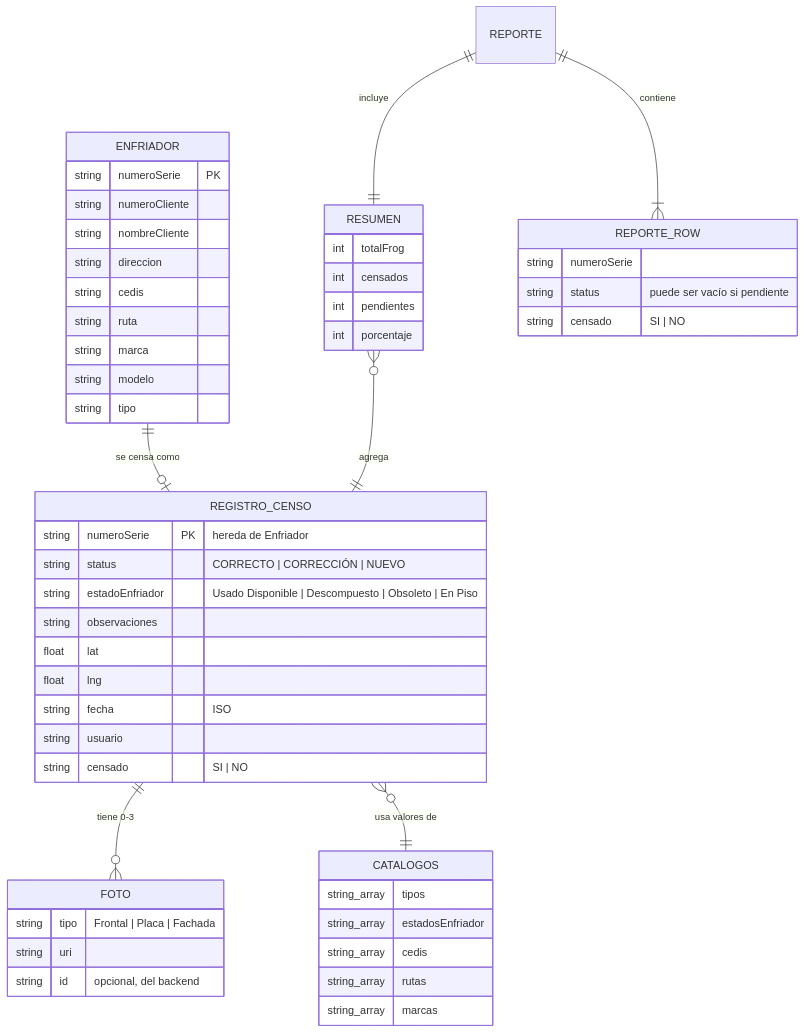
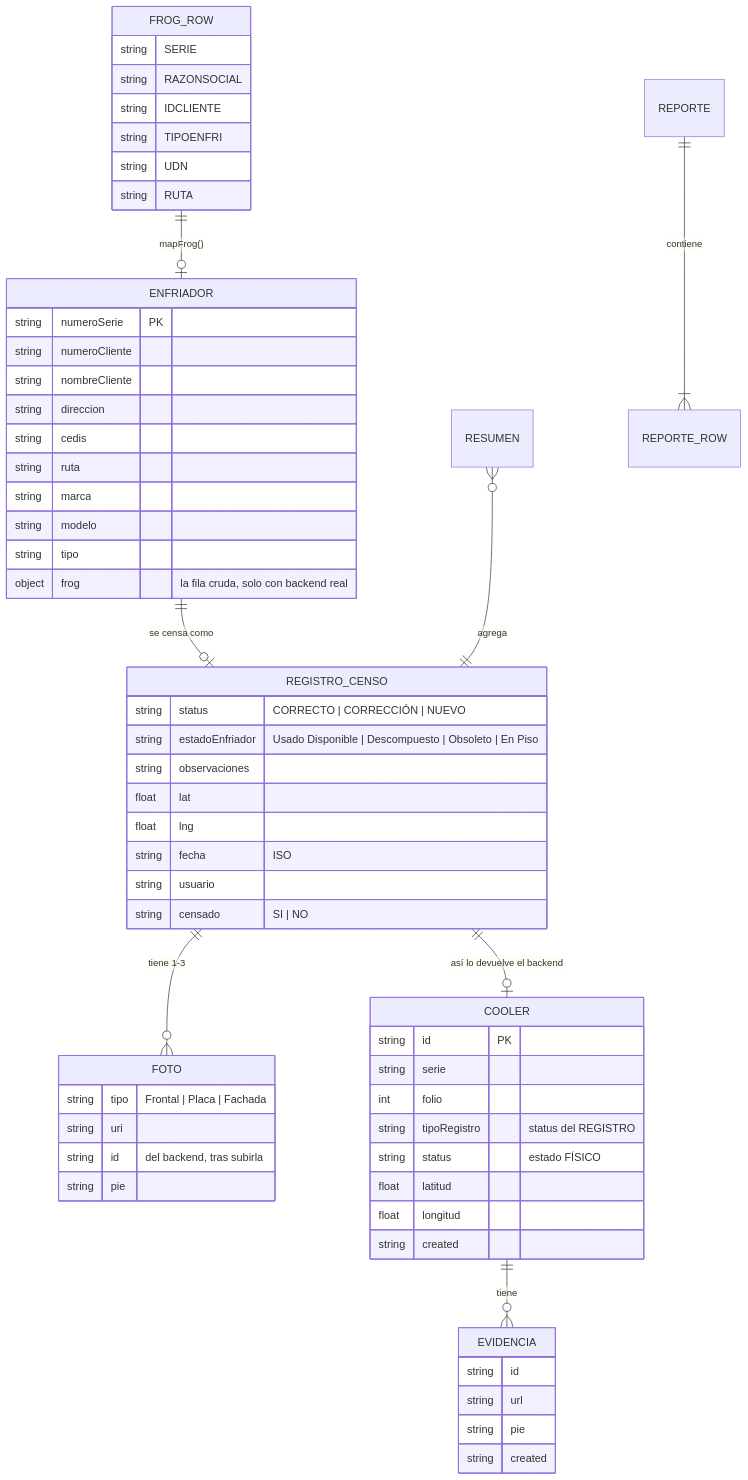
The diagram in docs/04-DATOS.md (YaxOFF/CensoCoolerAAOCSA_REACT), drawn with Mermaid before and after one commit. The commit also changed other lines of this file and 16 other files, not shown here.

First line of the commit message:
docs: actualiza /docs al estado real del código

````diff
--- a/docs/04-DATOS.md
+++ b/docs/04-DATOS.md
@@ -9,60 +18,68 @@
 ```mermaid
 erDiagram
+    FROG_ROW ||--o| ENFRIADOR : "mapFrog()"
     ENFRIADOR ||--o| REGISTRO_CENSO : "se censa como"
-    REGISTRO_CENSO ||--o{ FOTO : "tiene 0-3"
-    REGISTRO_CENSO }o--|| CATALOGOS : "usa valores de"
+    REGISTRO_CENSO ||--o{ FOTO : "tiene 1-3"
+    REGISTRO_CENSO ||--o| COOLER : "así lo devuelve el backend"
+    COOLER ||--o{ EVIDENCIA : "tiene"
     RESUMEN }o--|| REGISTRO_CENSO : "agrega"
     REPORTE ||--|{ REPORTE_ROW : "contiene"
-    REPORTE ||--|| RESUMEN : "incluye"
+
+    FROG_ROW {
+        string SERIE
+        string RAZONSOCIAL
+        string IDCLIENTE
+        string TIPOENFRI
+        string UDN
+        string RUTA
+    }
 
     ENFRIADOR {
         string numeroSerie PK
         string numeroCliente
         string nombreCliente
         string direccion
         string cedis
         string ruta
         string marca
         string modelo
         string tipo
+        object frog "la fila cruda, solo con backend real"
     }
 
     REGISTRO_CENSO {
-        string numeroSerie PK "hereda de Enfriador"
         string status "CORRECTO | CORRECCIÓN | NUEVO"
         string estadoEnfriador "Usado Disponible | Descompuesto | Obsoleto | En Piso"
         string observaciones
         float lat
         float lng
         string fecha "ISO"
         string usuario
         string censado "SI | NO"
     }
 
     FOTO {
         string tipo "Frontal | Placa | Fachada"
         string uri
-        string id "opcional, del backend"
+        string id "del backend, tras subirla"
+        string pie
     }
 
-    CATALOGOS {
-        string_array tipos
-        string_array estadosEnfriador
-        string_array cedis
-        string_array rutas
-        string_array marcas
+    COOLER {
+        string id PK
+        string serie
+        int folio
+        string tipoRegistro "status del REGISTRO"
+        string status "estado FÍSICO"
+        float latitud
+        float longitud
+        string created
     }
 
-    RESUMEN {
-        int totalFrog
-        int censados
-        int pendientes
-        int porcentaje
-    }
-
-    REPORTE_ROW {
-        string numeroSerie
-        string status "puede ser vacío si pendiente"
-        string censado "SI | NO"
+    EVIDENCIA {
+        string id
+        string url
+        string pie
+        string created
     }
 ```
````
